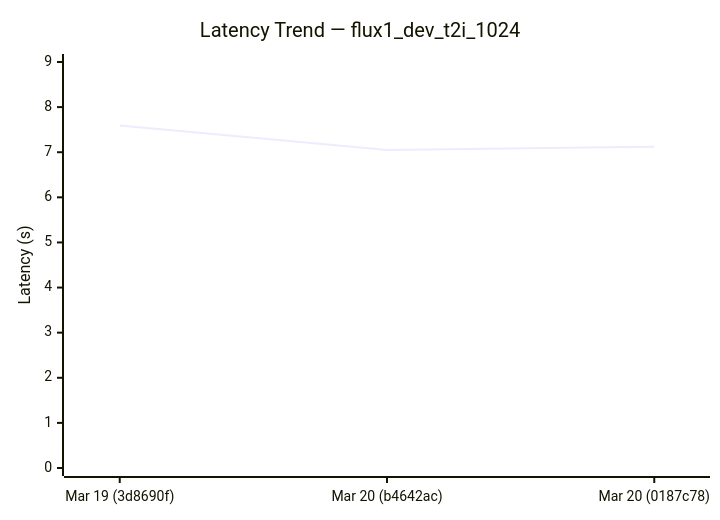
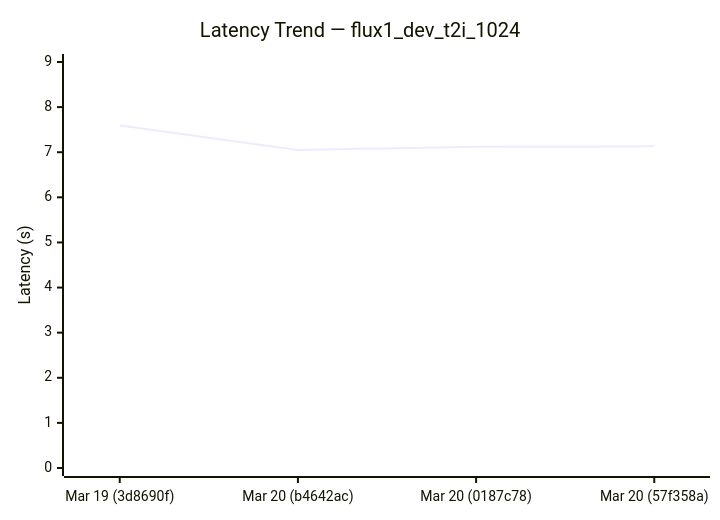
Before and after one commit to sglang-bot/sglang-ci-data: the first of 7 diagrams in diffusion-comparisons/dashboard.md, drawn with Mermaid. The commit also changed other lines of this file and 1 other file, not shown here.

````diff
--- a/diffusion-comparisons/dashboard.md
+++ b/diffusion-comparisons/dashboard.md
@@ -30,7 +30,7 @@
 ```mermaid
 xychart-beta
   title "Latency Trend — flux1_dev_t2i_1024"
-  x-axis ["Mar 19 (3d8690f)", "Mar 20 (b4642ac)", "Mar 20 (0187c78)"]
+  x-axis ["Mar 19 (3d8690f)", "Mar 20 (b4642ac)", "Mar 20 (0187c78)", "Mar 20 (57f358a)"]
   y-axis "Latency (s)" 0 --> 9
-  line [7.59, 7.05, 7.12]
+  line [7.59, 7.05, 7.12, 7.13]
 ```
````
